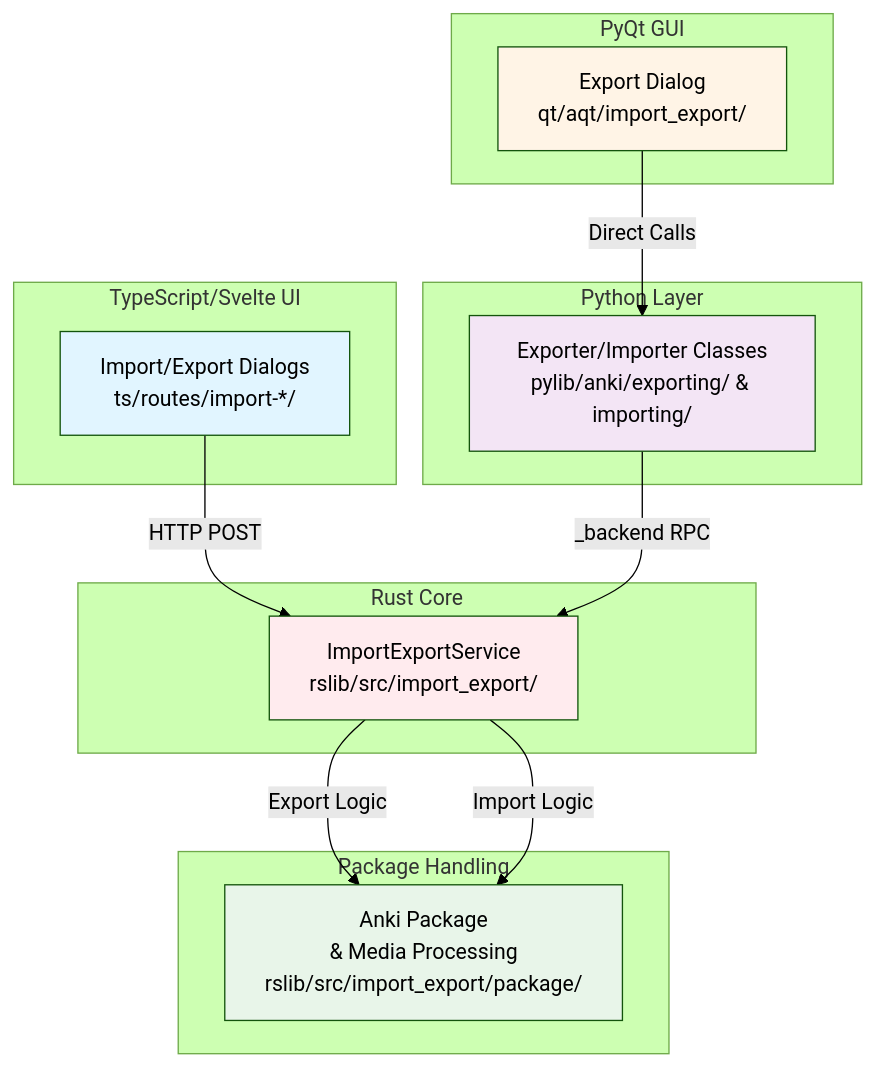
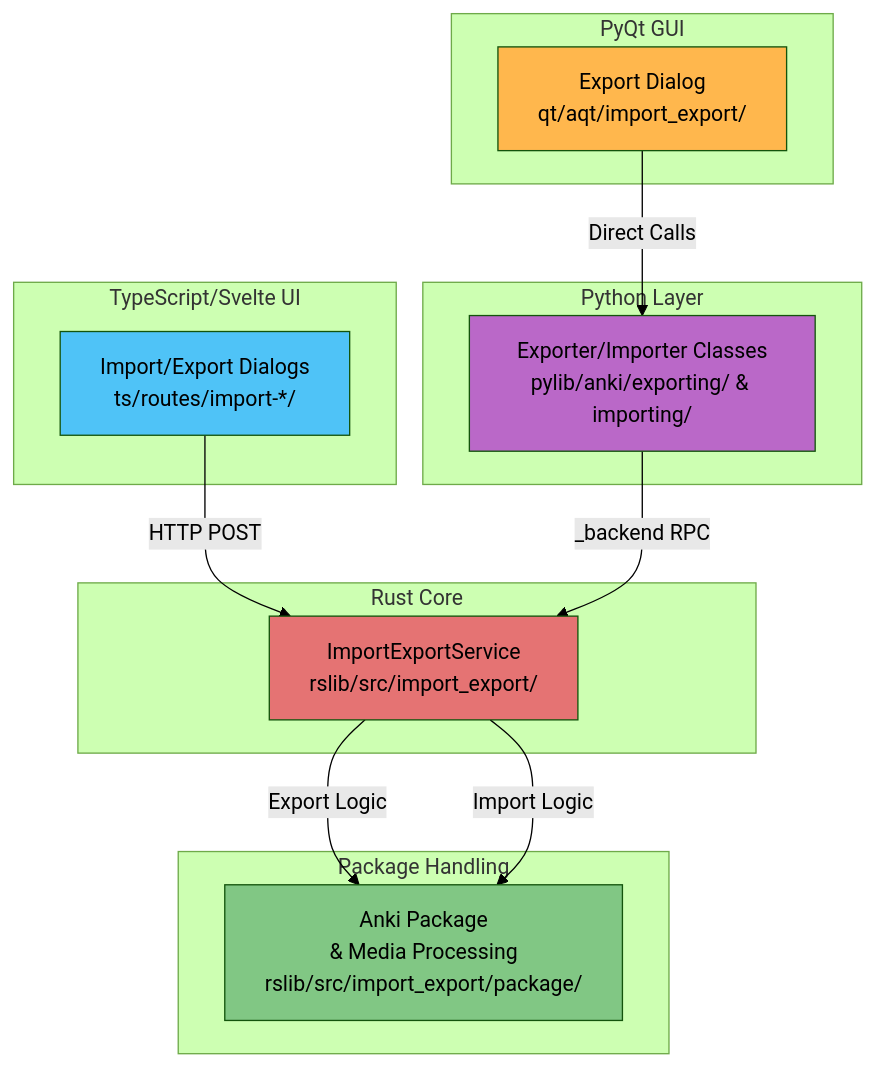
Before and after one commit to ankitects/anki: the second of 4 diagrams in docs/technical.md, drawn with Mermaid (forest theme). The commit also changed other lines of this file, not shown here.

Commit message:
fix: mermaid diagram color

````diff
--- a/docs/technical.md
+++ b/docs/technical.md
@@ -332,34 +332,34 @@
 ```mermaid
 graph TB
     subgraph "TypeScript/Svelte UI"
         UI[Import/Export Dialogs<br/>ts/routes/import-*/]
     end
     
     subgraph "PyQt GUI"
         GUI[Export Dialog<br/>qt/aqt/import_export/]
     end
     
     subgraph "Python Layer"
         PY[Exporter/Importer Classes<br/>pylib/anki/exporting/ & importing/]
     end
     
     subgraph "Rust Core"
         RUST[ImportExportService<br/>rslib/src/import_export/]
     end
     
     subgraph "Package Handling"
         PKG[Anki Package<br/>& Media Processing<br/>rslib/src/import_export/package/]
     end
     
     UI -->|"HTTP POST"| RUST
     GUI -->|"Direct Calls"| PY
     PY -->|"_backend RPC"| RUST
     RUST -->|"Export Logic"| PKG
     RUST -->|"Import Logic"| PKG
     
-    style UI fill:#e1f5ff
-    style GUI fill:#fff4e6
-    style PY fill:#f3e5f5
-    style RUST fill:#ffebee
-    style PKG fill:#e8f5e9
+    style UI fill:#4fc3f7
+    style GUI fill:#ffb74d
+    style PY fill:#ba68c8
+    style RUST fill:#e57373
+    style PKG fill:#81c784
 ```
````
